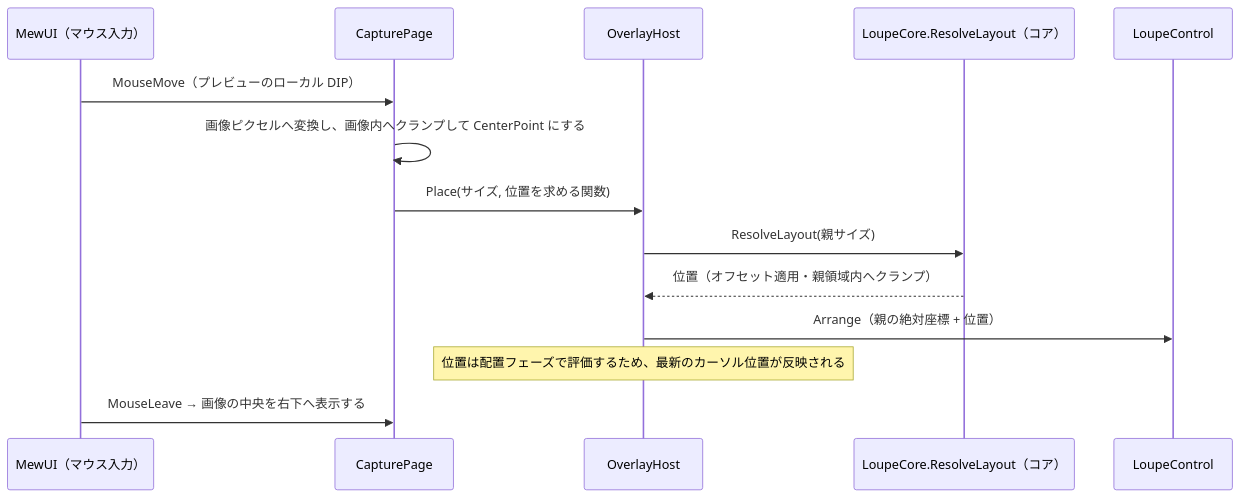
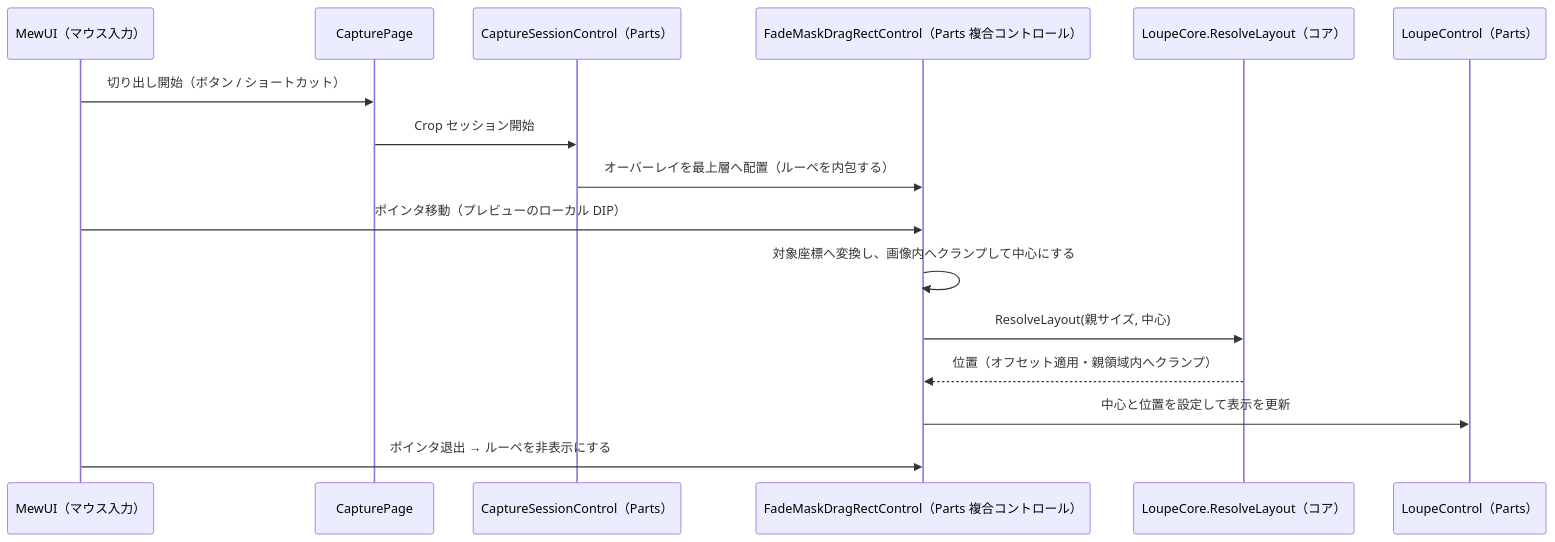
One commit to tomokuni/SaveEvidence changed the eighth of 12 diagrams in src/App.MewUI/docs/SPEC_System.md. Above: the diagram before and after it, drawn with Mermaid. The commit also changed other lines of this file and 17 other files, not shown here.

First line of the commit message:
プレビュー／切り出しの操作を Parts へ寄せ、アプリから Marquee/Loupe の直操作を無くす

````diff
--- a/src/App.MewUI/docs/SPEC_System.md
+++ b/src/App.MewUI/docs/SPEC_System.md
@@ -498,17 +493,19 @@
 ```mermaid
 sequenceDiagram
     participant OS as MewUI（マウス入力）
     participant CP as CapturePage
-    participant OH as OverlayHost
+    participant CS as CaptureSessionControl（Parts）
+    participant FM as FadeMaskDragRectControl（Parts 複合コントロール）
     participant LP as LoupeCore.ResolveLayout（コア）
-    participant LV as LoupeControl
+    participant LV as LoupeControl（Parts）
 
-    OS->>CP: MouseMove（プレビューのローカル DIP）
-    CP->>CP: 画像ピクセルへ変換し、画像内へクランプして CenterPoint にする
-    CP->>OH: Place(サイズ, 位置を求める関数)
-    OH->>LP: ResolveLayout(親サイズ)
-    LP-->>OH: 位置（オフセット適用・親領域内へクランプ）
-    OH->>LV: Arrange（親の絶対座標 + 位置）
-    Note over OH: 位置は配置フェーズで評価するため、最新のカーソル位置が反映される
-    OS->>CP: MouseLeave → 画像の中央を右下へ表示する
+    OS->>CP: 切り出し開始（ボタン / ショートカット）
+    CP->>CS: Crop セッション開始
+    CS->>FM: オーバーレイを最上層へ配置（ルーペを内包する）
+    OS->>FM: ポインタ移動（プレビューのローカル DIP）
+    FM->>FM: 対象座標へ変換し、画像内へクランプして中心にする
+    FM->>LP: ResolveLayout(親サイズ, 中心)
+    LP-->>FM: 位置（オフセット適用・親領域内へクランプ）
+    FM->>LV: 中心と位置を設定して表示を更新
+    OS->>FM: ポインタ退出 → ルーペを非表示にする
 ```
````
